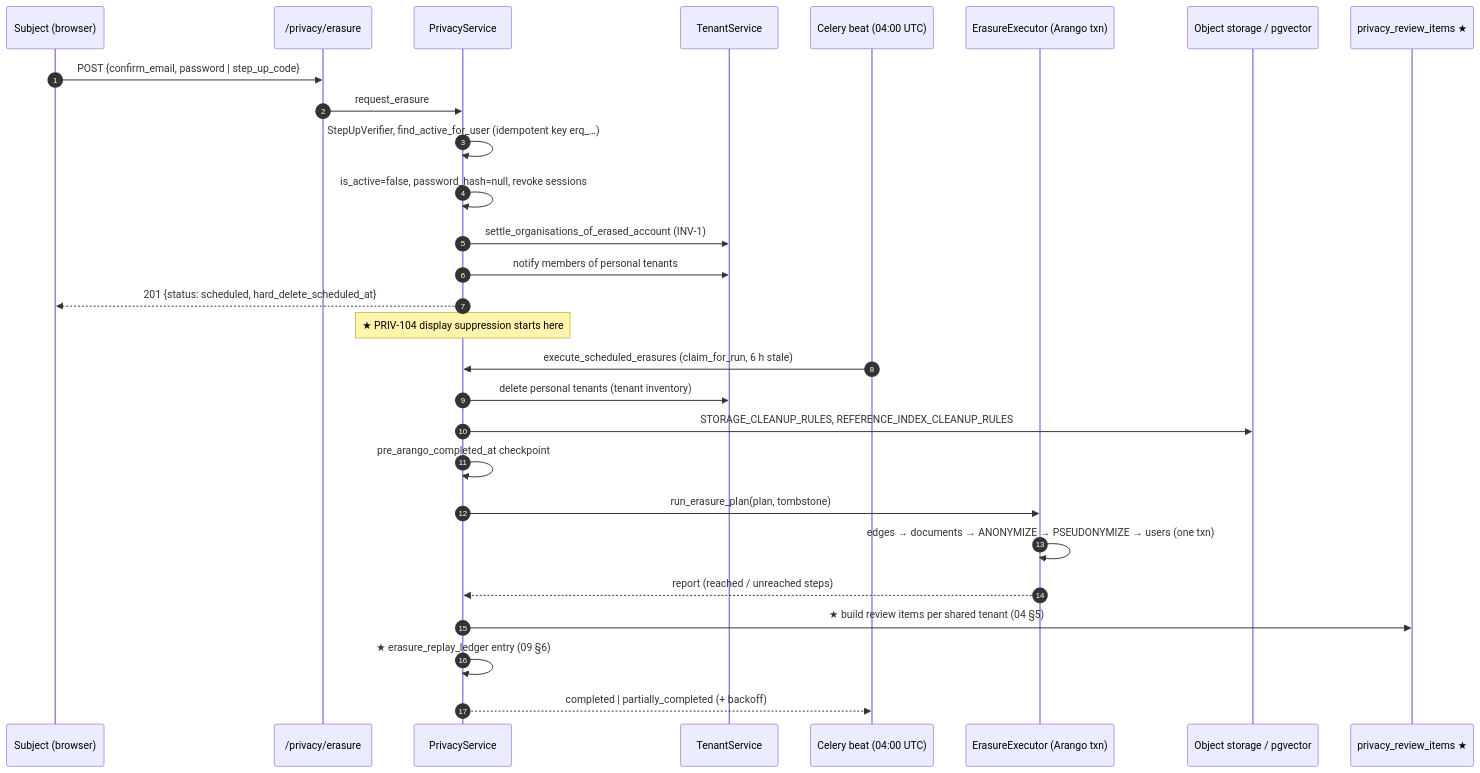
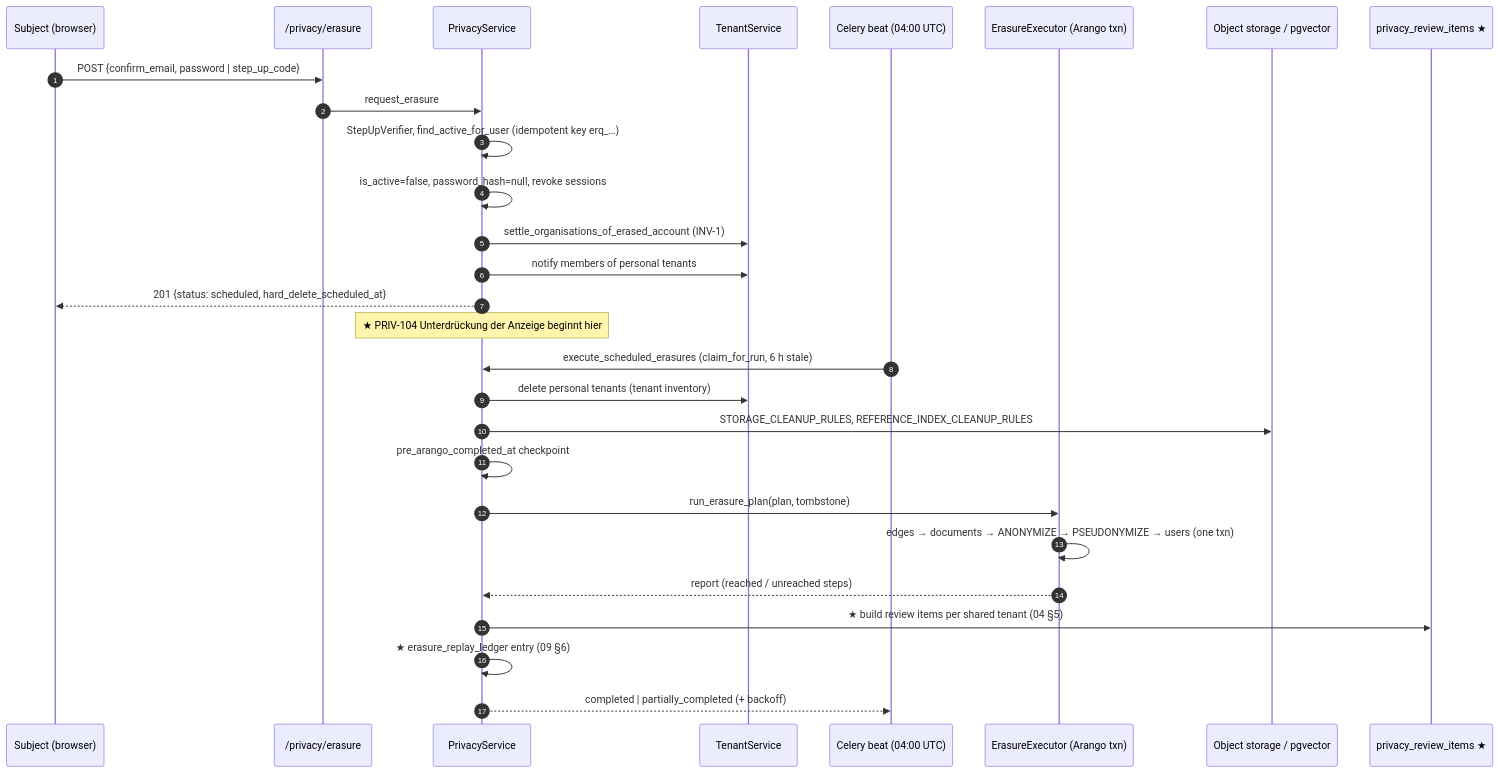
Before and after one commit to nolte/kamerplanter: the fourth of 6 diagrams in spec/privacy/01-privacy-architecture.md, drawn with Mermaid. The commit also changed other lines of this file and 13 other files, not shown here.

````diff
--- a/spec/privacy/01-privacy-architecture.md
+++ b/spec/privacy/01-privacy-architecture.md
@@ -328,31 +344,31 @@
 ```mermaid
 sequenceDiagram
     autonumber
     participant U as Subject (browser)
     participant API as /privacy/erasure
     participant PS as PrivacyService
     participant TS as TenantService
     participant Q as Celery beat (04:00 UTC)
     participant EX as ErasureExecutor (Arango txn)
     participant ST as Object storage / pgvector
     participant RQ as privacy_review_items ★
 
     U->>API: POST {confirm_email, password | step_up_code}
     API->>PS: request_erasure
     PS->>PS: StepUpVerifier, find_active_for_user (idempotent key erq_…)
     PS->>PS: is_active=false, password_hash=null, revoke sessions
     PS->>TS: settle_organisations_of_erased_account (INV-1)
     PS->>TS: notify members of personal tenants
     PS-->>U: 201 {status: scheduled, hard_delete_scheduled_at}
-    Note over PS: ★ PRIV-104 display suppression starts here
+    Note over PS: ★ PRIV-104 Unterdrückung der Anzeige beginnt hier
     Q->>PS: execute_scheduled_erasures (claim_for_run, 6 h stale)
     PS->>TS: delete personal tenants (tenant inventory)
     PS->>ST: STORAGE_CLEANUP_RULES, REFERENCE_INDEX_CLEANUP_RULES
     PS->>PS: pre_arango_completed_at checkpoint
     PS->>EX: run_erasure_plan(plan, tombstone)
     EX->>EX: edges → documents → ANONYMIZE → PSEUDONYMIZE → users (one txn)
     EX-->>PS: report (reached / unreached steps)
     PS->>RQ: ★ build review items per shared tenant (04 §5)
     PS->>PS: ★ erasure_replay_ledger entry (09 §6)
     PS-->>Q: completed | partially_completed (+ backoff)
 ```
````
